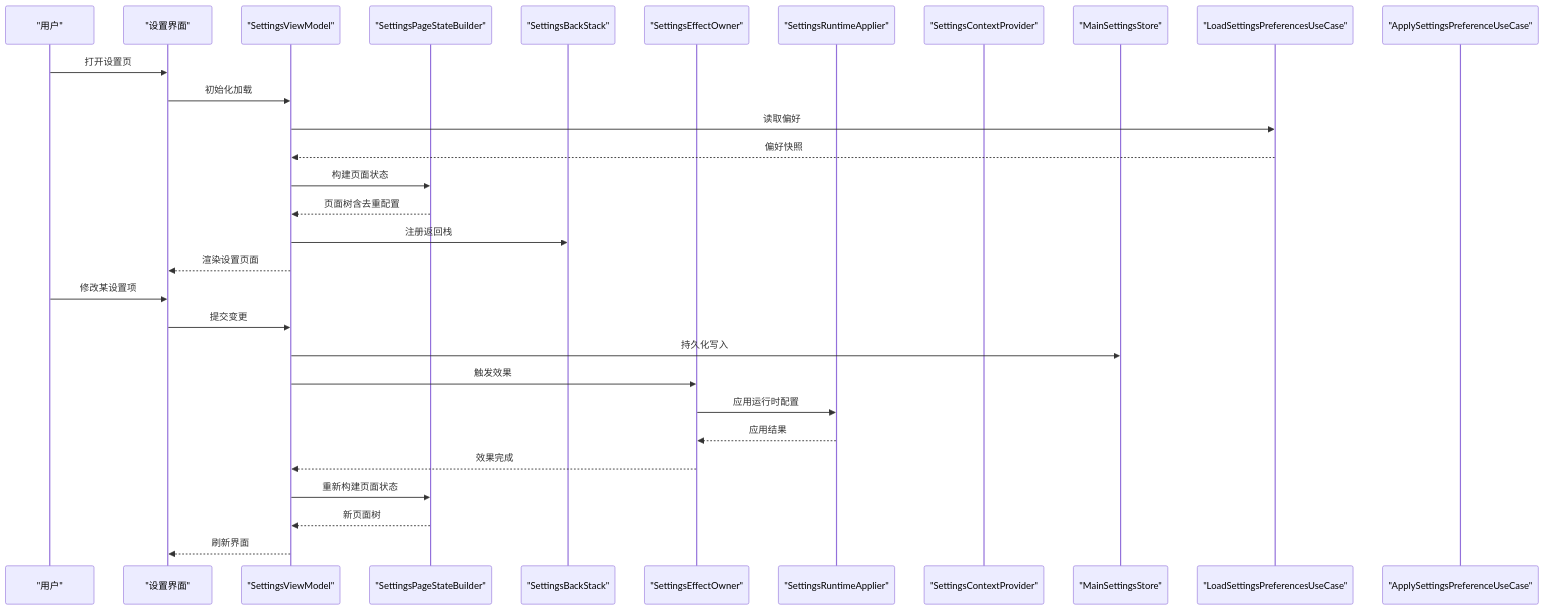
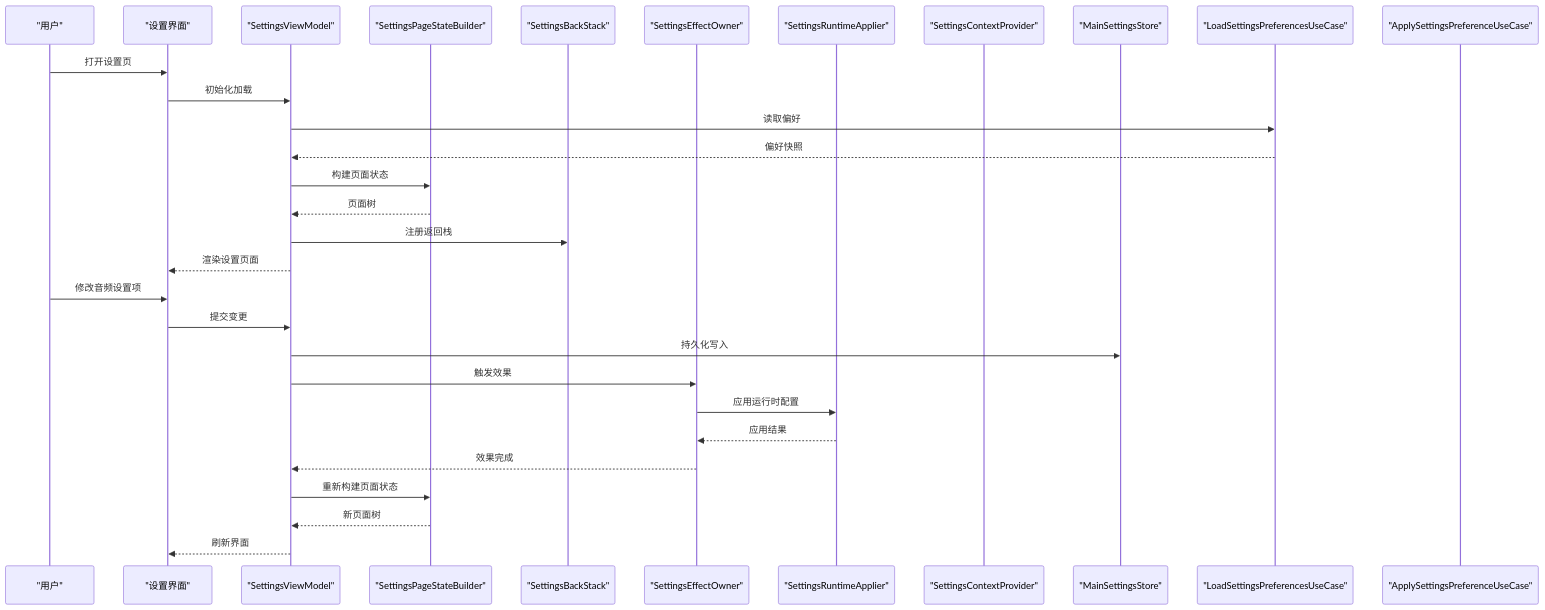
One commit to ysyhlly/Yukine-android changed the second of 3 diagrams in .qoder/repowiki/zh/content/架构设计/模块化设计/功能特性模块/设置界面模块 (feature_settings-ui).md. Above: the diagram before and after it, drawn with Mermaid. The commit also changed other lines of this file and 254 other files, not shown here.

````diff
--- a/.qoder/repowiki/zh/content/架构设计/模块化设计/功能特性模块/设置界面模块 (feature_settings-ui).md
+++ b/.qoder/repowiki/zh/content/架构设计/模块化设计/功能特性模块/设置界面模块 (feature_settings-ui).md
@@ -110,32 +112,32 @@
 ```mermaid
 sequenceDiagram
 participant U as "用户"
 participant UI as "设置界面"
 participant VM as "SettingsViewModel"
 participant SB as "SettingsPageStateBuilder"
 participant BE as "SettingsBackStack"
 participant EO as "SettingsEffectOwner"
 participant RA as "SettingsRuntimeApplier"
 participant CTX as "SettingsContextProvider"
 participant STORE as "MainSettingsStore"
 participant UC_LOAD as "LoadSettingsPreferencesUseCase"
 participant UC_APPLY as "ApplySettingsPreferenceUseCase"
 U->>UI : 打开设置页
 UI->>VM : 初始化加载
 VM->>UC_LOAD : 读取偏好
 UC_LOAD-->>VM : 偏好快照
 VM->>SB : 构建页面状态
-SB-->>VM : 页面树含去重配置
+SB-->>VM : 页面树
 VM->>BE : 注册返回栈
 VM-->>UI : 渲染设置页面
-U->>UI : 修改某设置项
+U->>UI : 修改音频设置项
 UI->>VM : 提交变更
 VM->>STORE : 持久化写入
 VM->>EO : 触发效果
 EO->>RA : 应用运行时配置
 RA-->>EO : 应用结果
 EO-->>VM : 效果完成
 VM->>SB : 重新构建页面状态
 SB-->>VM : 新页面树
 VM-->>UI : 刷新界面
 ```
````
